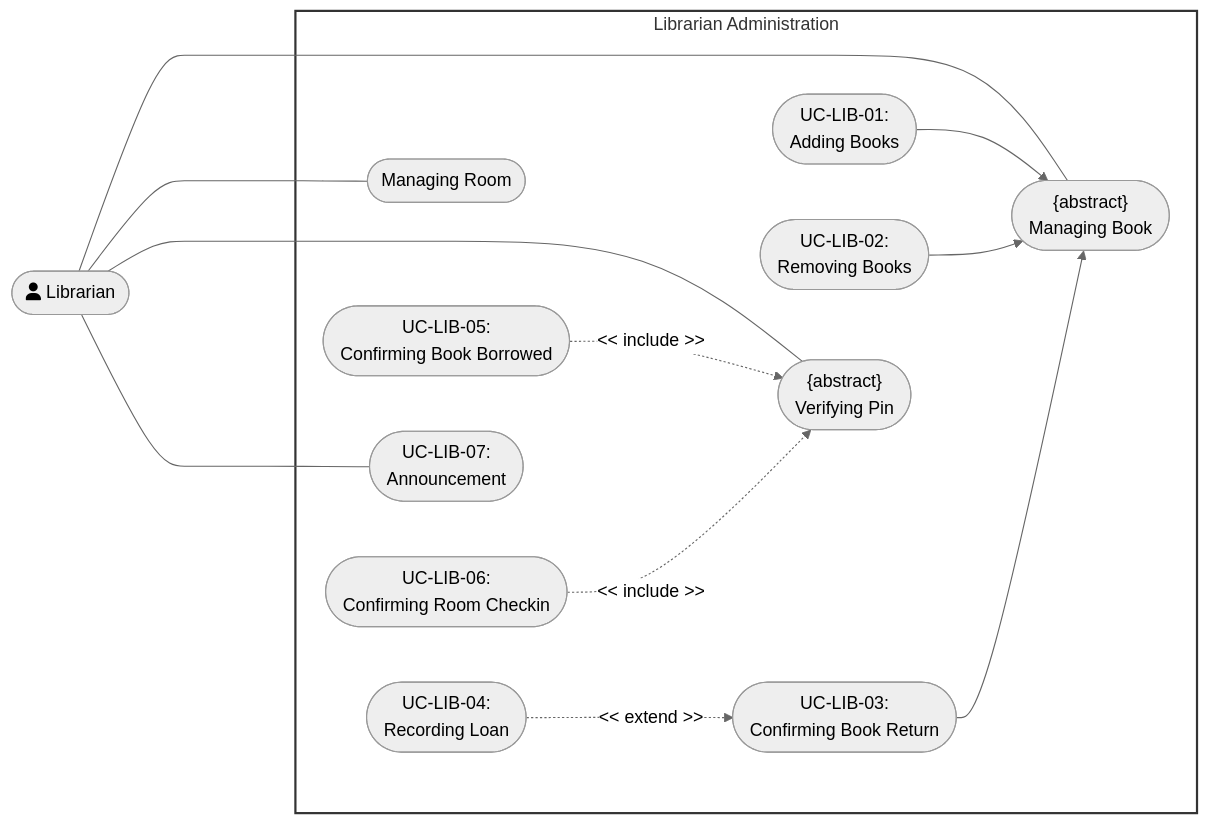
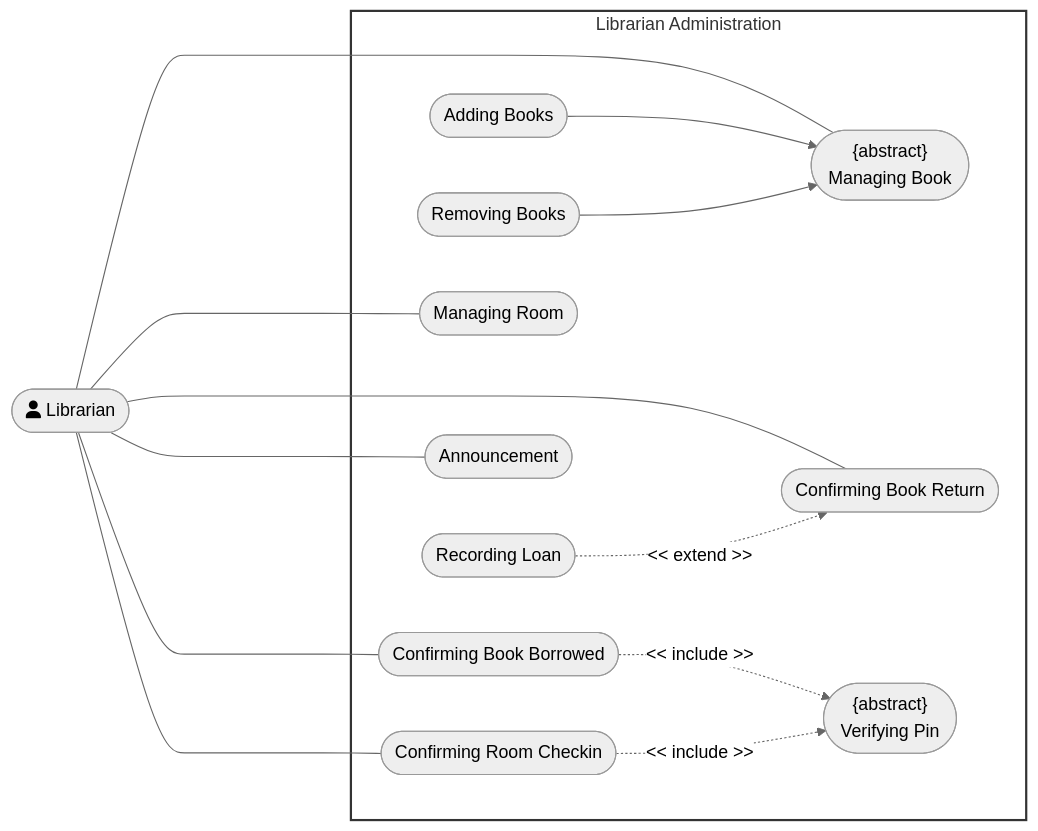
The eighth of 9 diagrams in docs/management/PA3/Use-CaseDiagram.md (DuyNhat1705/AmeThyst-Library), drawn with Mermaid (neutral theme) before and after one commit. The commit also changed other lines of this file and 5 other files, not shown here.

Commit message:
update usecase diagram for PA4

````diff
--- a/docs/management/PA3/Use-CaseDiagram.md
+++ b/docs/management/PA3/Use-CaseDiagram.md
@@ -327,29 +323,27 @@
 ```mermaid
 flowchart LR
  subgraph LibrarianAdministration["Librarian Administration"]
         UC1(["<center>{abstract}<br>Managing Book</center>"])
-        UC2(["<center>UC-LIB-01:<br>Adding Books</center>"])
-        UC3(["<center>UC-LIB-02:<br>Removing Books</center>"])
-        UC4(["<center>UC-LIB-03:<br>Confirming Book Return</center>"])
-        UC5(["<center>UC-LIB-04:<br>Recording Loan</center>"])
-        UC6(["<center>Managing Room</center>"])
+        UC2(["Adding Books"])
+        UC3(["Removing Books"])
+        UC4(["Confirming Book Return"])
+        UC5(["Recording Loan"])
+        UC6(["Managing Room"])
         UC7(["<center>{abstract}<br>Verifying Pin</center>"])
-        UC8(["<center>UC-LIB-05:<br>Confirming Book Borrowed</center>"])
-        UC9(["<center>UC-LIB-06:<br>Confirming Room Checkin</center>"])
-        UC10(["<center>UC-LIB-07:<br>Announcement</center>"])
+        UC8(["Confirming Book Borrowed"])
+        UC9(["Confirming Room Checkin"])
+        UC10(["Announcement"])
   end
-    Librarian(["<center>fa:fa-user Librarian</center>"]) ======= LibrarianAdministration
-    Librarian --- UC1 & UC6 & UC7 & UC10
+    Librarian(["fa:fa-user Librarian"]) ======= LibrarianAdministration
+    Librarian --- UC1 & UC6 & UC10 & UC8 & UC9 & UC4
     
     UC2 --> UC1
     UC3 --> UC1
-    UC4 --> UC1
-    
-    %% Fixed: Changed from generalization (-->) to <<include>>
+
     UC8 -. "<< include >>" .-> UC7
     UC9 -. "<< include >>" .-> UC7
     UC5 -. "<< extend >>" .-> UC4
 
     style LibrarianAdministration fill:#fff,stroke:#333,stroke-width:2px
     linkStyle 0 stroke:transparent
 ```
````
